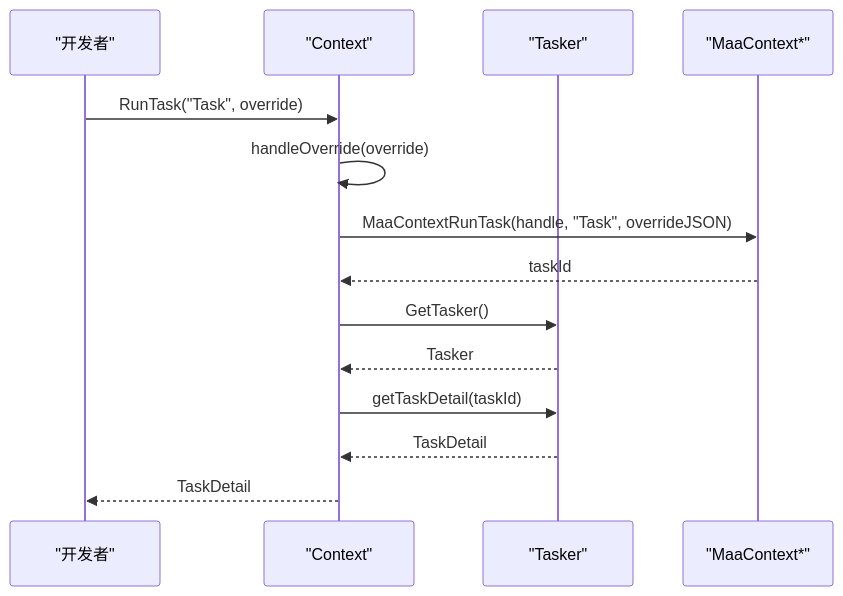
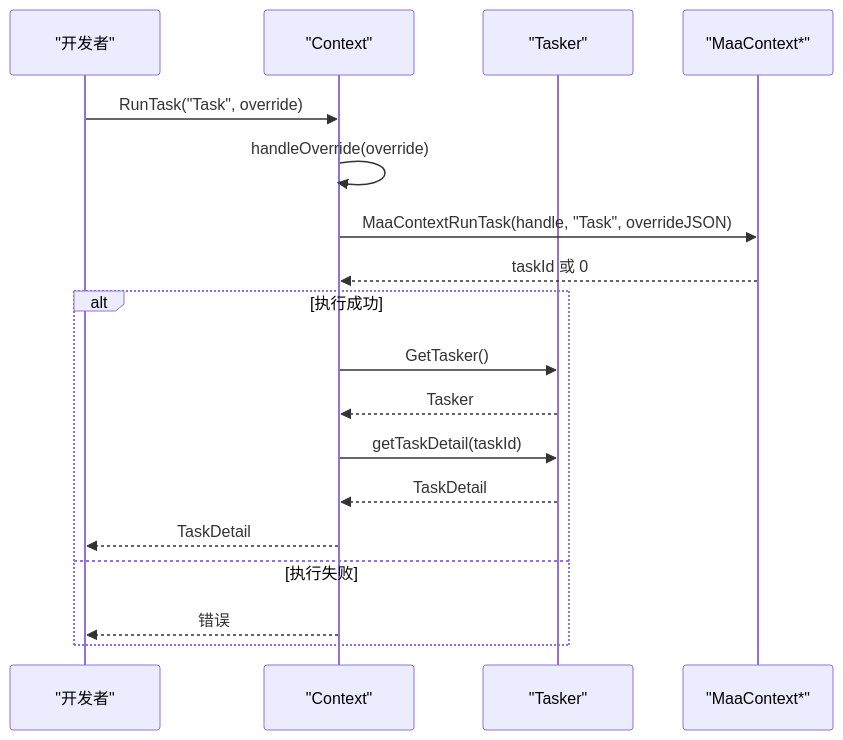
Before and after one commit to kqcoxn/MaaPipelineEditor: the third of 7 diagrams in instructions/maafw-golang-binding/API参考/执行上下文.md, drawn with Mermaid. The commit also changed other lines of this file and 10 other files, not shown here.

````diff
--- a/instructions/maafw-golang-binding/API参考/执行上下文.md
+++ b/instructions/maafw-golang-binding/API参考/执行上下文.md
@@ -379,16 +485,20 @@
 ```mermaid
 sequenceDiagram
 participant Dev as "开发者"
 participant Ctx as "Context"
 participant Tsk as "Tasker"
 participant N as "MaaContext*"
 Dev->>Ctx : RunTask("Task", override)
 Ctx->>Ctx : handleOverride(override)
 Ctx->>N : MaaContextRunTask(handle, "Task", overrideJSON)
-N-->>Ctx : taskId
+N-->>Ctx : taskId 或 0
+alt 执行成功
 Ctx->>Tsk : GetTasker()
 Tsk-->>Ctx : Tasker
 Ctx->>Tsk : getTaskDetail(taskId)
 Tsk-->>Ctx : TaskDetail
 Ctx-->>Dev : TaskDetail
+else 执行失败
+Ctx-->>Dev : 错误
+end
 ```
````
